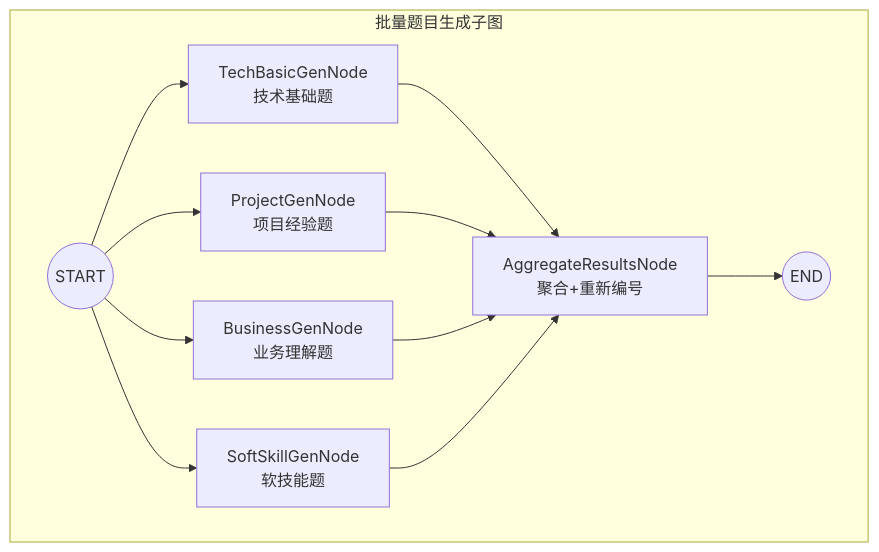
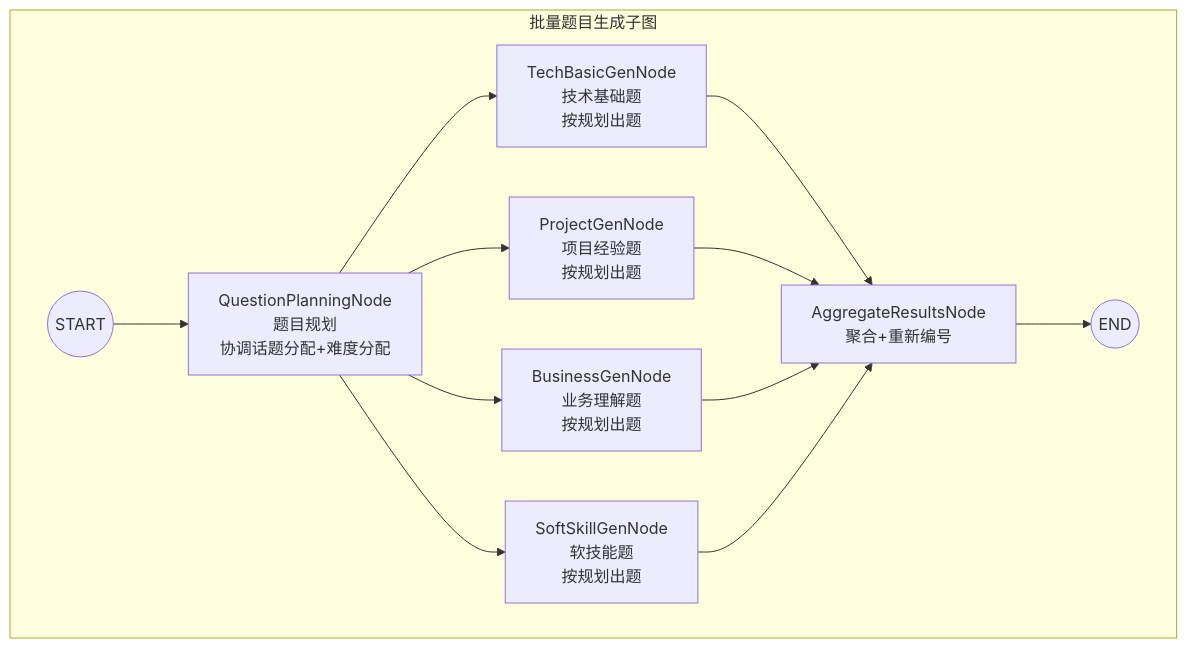
One commit to zunff/interview-agent changed the second of 5 diagrams in README.md. Above: the diagram before and after it, drawn with Mermaid. The commit also changed other lines of this file and 24 other files, not shown here.

First line of the commit message:
feat(question-gen): 添加题目规划节点以协调各类题目生成

````diff
--- a/README.md
+++ b/README.md
@@ -66,18 +66,19 @@
 ```mermaid
 graph TD
     BATCH_START((START))
 
     subgraph BatchQuestionSubgraph[批量题目生成子图]
-        BATCH_START --> TECH_BASIC[TechBasicGenNode<br/>技术基础题]
-        BATCH_START --> PROJECT[ProjectGenNode<br/>项目经验题]
-        BATCH_START --> BUSINESS[BusinessGenNode<br/>业务理解题]
-        BATCH_START --> SOFT_SKILL[SoftSkillGenNode<br/>软技能题]
+        BATCH_START --> PLAN[QuestionPlanningNode<br/>题目规划<br/>协调话题分配+难度分配]
+        PLAN --> TECH_BASIC[TechBasicGenNode<br/>技术基础题<br/>按规划出题]
+        PLAN --> PROJECT[ProjectGenNode<br/>项目经验题<br/>按规划出题]
+        PLAN --> BUSINESS[BusinessGenNode<br/>业务理解题<br/>按规划出题]
+        PLAN --> SOFT_SKILL[SoftSkillGenNode<br/>软技能题<br/>按规划出题]
 
         TECH_BASIC --> AGG[AggregateResultsNode<br/>聚合+重新编号]
         PROJECT --> AGG
         BUSINESS --> AGG
         SOFT_SKILL --> AGG
 
         AGG --> BATCH_END((END))
     end
 ```
````
